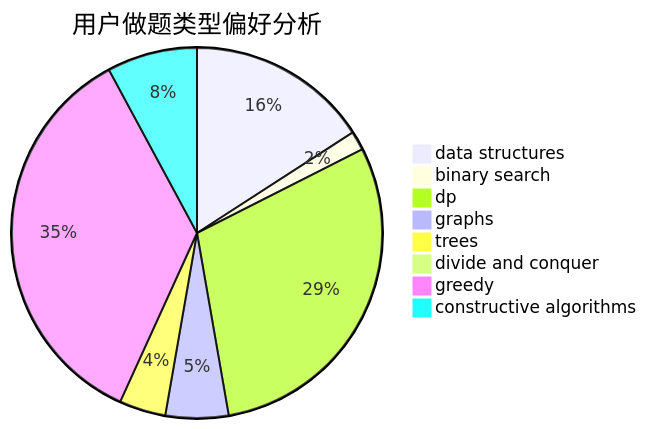
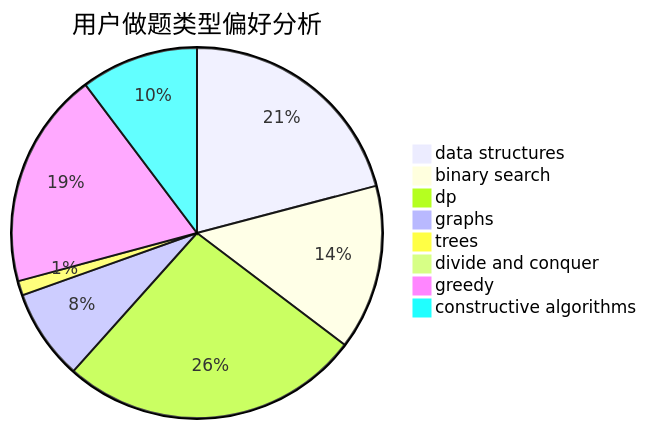
One commit to sherpahu/cfrs.github.io changed the second of 3 diagrams in docs/user/u600.md. Above: the diagram before and after it, drawn with Mermaid. The commit also changed other lines of this file and 2770 other files, not shown here.

````diff
--- a/docs/user/u600.md
+++ b/docs/user/u600.md
@@ -23,11 +23,11 @@
 ```mermaid
 pie title 用户做题类型偏好分析
-    "data structures" :  133
-    "binary search" :  14
-    "dp" :  249
-    "graphs" :  46
-    "trees" :  34
-    "divide and conquer" :  7
-    "greedy" :  296
-    "constructive algorithms" :  66
+    "data structures" :  116
+    "binary search" :  80
+    "dp" :  146
+    "graphs" :  44
+    "trees" :  7
+    "divide and conquer" :  0
+    "greedy" :  105
+    "constructive algorithms" :  57
 ```
````
